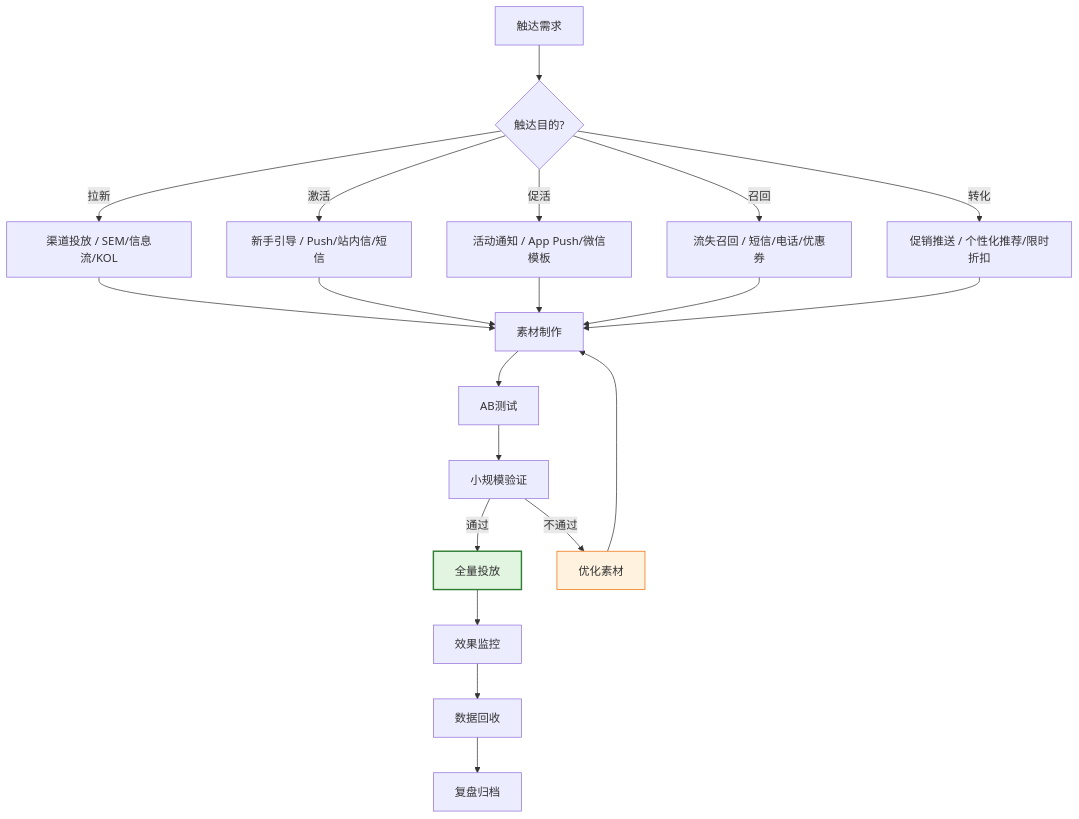
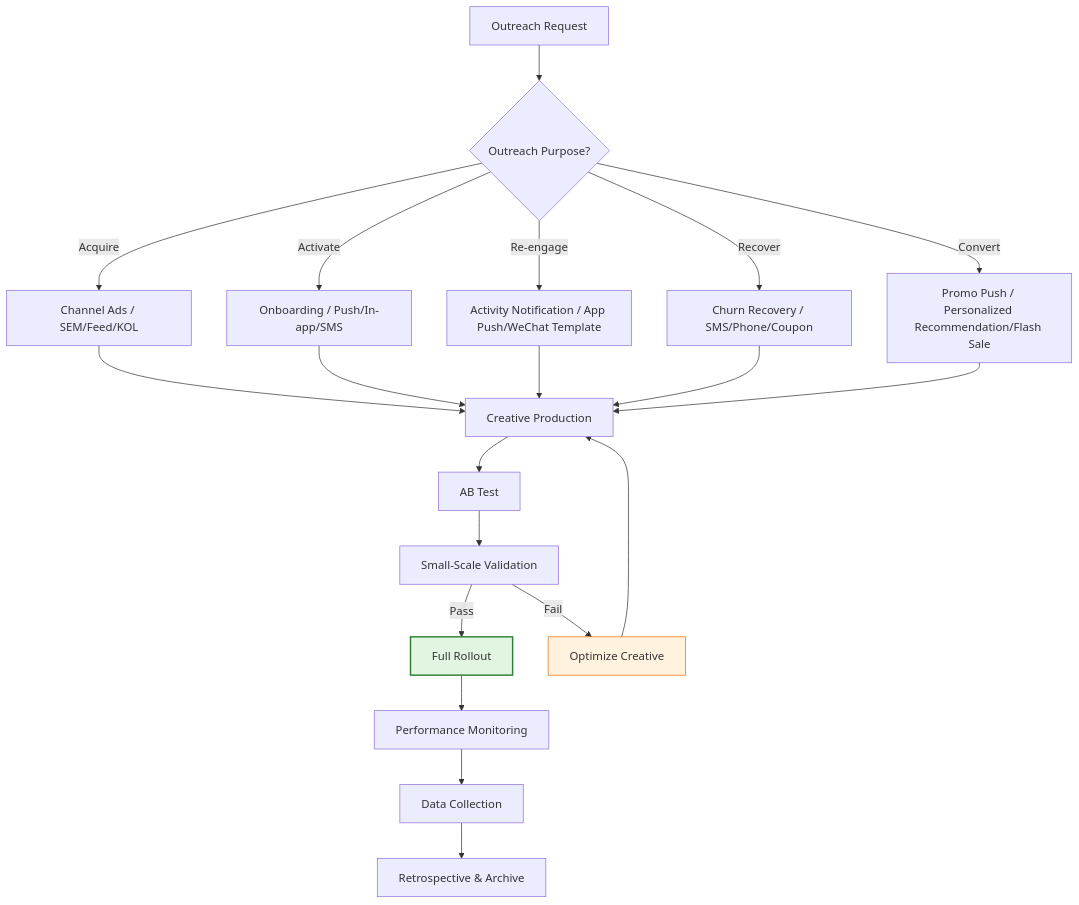
Before and after one commit to Kirky-X/cangjie: the fourth of 9 diagrams in templates/产品/运营层/【模板】运营手册.md, drawn with Mermaid. The commit also changed other lines of this file and 46 other files, not shown here.

````diff
--- a/templates/产品/运营层/【模板】运营手册.md
+++ b/templates/产品/运营层/【模板】运营手册.md
@@ -181,28 +181,28 @@
 ```mermaid
 flowchart TD
-    A[触达需求] --> B{触达目的?}
-    B -->|拉新| C1[渠道投放 / SEM/信息流/KOL]
-    B -->|激活| C2[新手引导 / Push/站内信/短信]
-    B -->|促活| C3[活动通知 / App Push/微信模板]
-    B -->|召回| C4[流失召回 / 短信/电话/优惠券]
-    B -->|转化| C5[促销推送 / 个性化推荐/限时折扣]
+    A[Outreach Request] --> B{Outreach Purpose?}
+    B -->|Acquire| C1[Channel Ads / SEM/Feed/KOL]
+    B -->|Activate| C2[Onboarding / Push/In-app/SMS]
+    B -->|Re-engage| C3[Activity Notification / App Push/WeChat Template]
+    B -->|Recover| C4[Churn Recovery / SMS/Phone/Coupon]
+    B -->|Convert| C5[Promo Push / Personalized Recommendation/Flash Sale]
 
-    C1 --> D[素材制作]
+    C1 --> D[Creative Production]
     C2 --> D
     C3 --> D
     C4 --> D
     C5 --> D
 
-    D --> E[AB测试]
-    E --> F[小规模验证]
-    F -->|通过| G[全量投放]
-    F -->|不通过| H[优化素材]
+    D --> E[AB Test]
+    E --> F[Small-Scale Validation]
+    F -->|Pass| G[Full Rollout]
+    F -->|Fail| H[Optimize Creative]
     H --> D
 
-    G --> I[效果监控]
-    I --> J[数据回收]
-    J --> K[复盘归档]
+    G --> I[Performance Monitoring]
+    I --> J[Data Collection]
+    J --> K[Retrospective & Archive]
 
     style G fill:#e1f5e1,stroke:#2e7d32,stroke-width:2px
     style H fill:#fff3e0,stroke:#ef6c00
 ```
````
